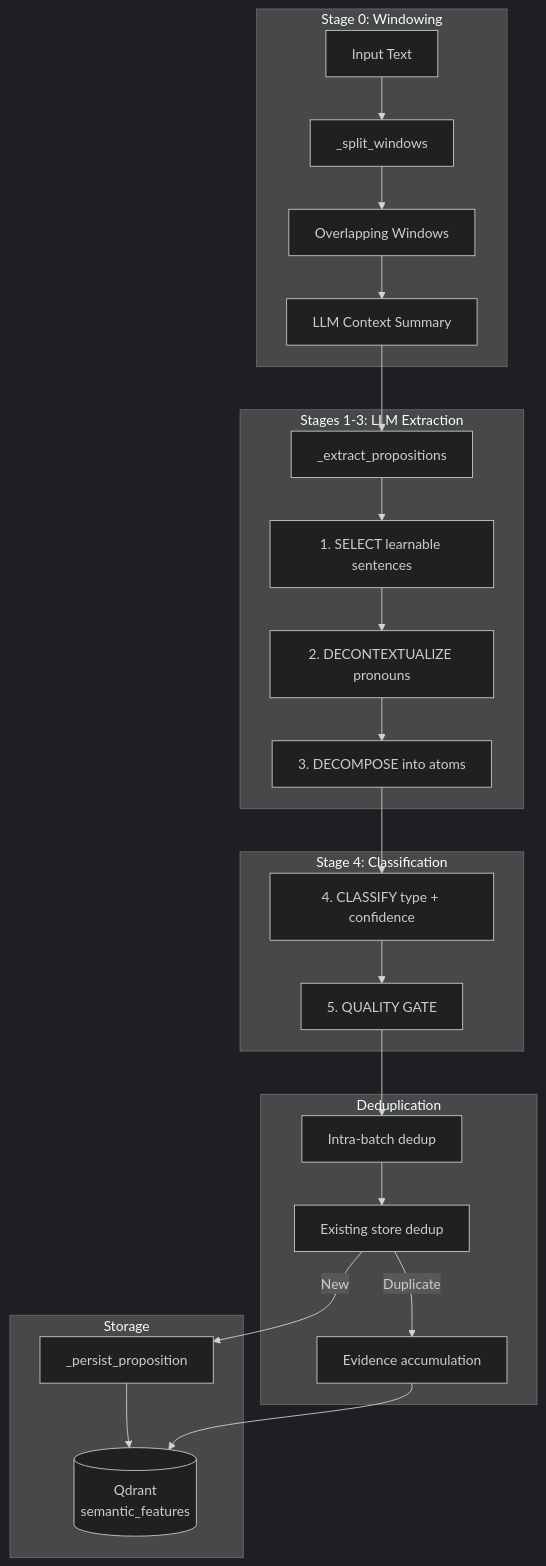
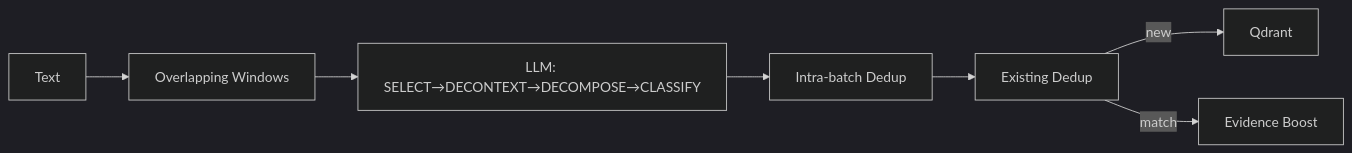
The diagram in docs/architecture/knowledge-extraction.md (Okm165/Sonality), drawn with Mermaid (dark theme) before and after one commit. The commit also changed other lines of this file and 2 other files, not shown here.

First line of the commit message:
docs(architecture): Consolidate memory and retrieval documentation

````diff
--- a/docs/architecture/knowledge-extraction.md
+++ b/docs/architecture/knowledge-extraction.md
@@ -7,48 +7,9 @@
 ```mermaid
-flowchart TD
-    subgraph stage0["Stage 0: Windowing"]
-        Text[Input Text]
-        Split[_split_windows]
-        Windows[Overlapping Windows]
-        Summary[LLM Context Summary]
-    end
-    
-    subgraph stage1to3["Stages 1-3: LLM Extraction"]
-        Extract[_extract_propositions]
-        Select[1. SELECT learnable sentences]
-        Decontext[2. DECONTEXTUALIZE pronouns]
-        Decompose[3. DECOMPOSE into atoms]
-    end
-    
-    subgraph stage4["Stage 4: Classification"]
-        Classify[4. CLASSIFY type + confidence]
-        QualityGate[5. QUALITY GATE]
-    end
-    
-    subgraph dedup["Deduplication"]
-        IntraBatch[Intra-batch dedup]
-        ExistingDedup[Existing store dedup]
-        EvidenceBoost[Evidence accumulation]
-    end
-    
-    subgraph storage["Storage"]
-        Persist[_persist_proposition]
-        Qdrant[(Qdrant<br/>semantic_features)]
-    end
-    
-    Text --> Split
-    Split --> Windows
-    Windows --> Summary
-    Summary --> Extract
-    Extract --> Select
-    Select --> Decontext
-    Decontext --> Decompose
-    Decompose --> Classify
-    Classify --> QualityGate
-    QualityGate --> IntraBatch
-    IntraBatch --> ExistingDedup
-    ExistingDedup -->|New| Persist
-    ExistingDedup -->|Duplicate| EvidenceBoost
-    Persist --> Qdrant
-    EvidenceBoost --> Qdrant
+flowchart LR
+    Text --> Windows[Overlapping Windows]
+    Windows --> Extract[LLM: SELECT→DECONTEXT→DECOMPOSE→CLASSIFY]
+    Extract --> IntraDedup[Intra-batch Dedup]
+    IntraDedup --> ExistDedup[Existing Dedup]
+    ExistDedup -->|new| Store[Qdrant]
+    ExistDedup -->|match| Boost[Evidence Boost]
 ```
````
